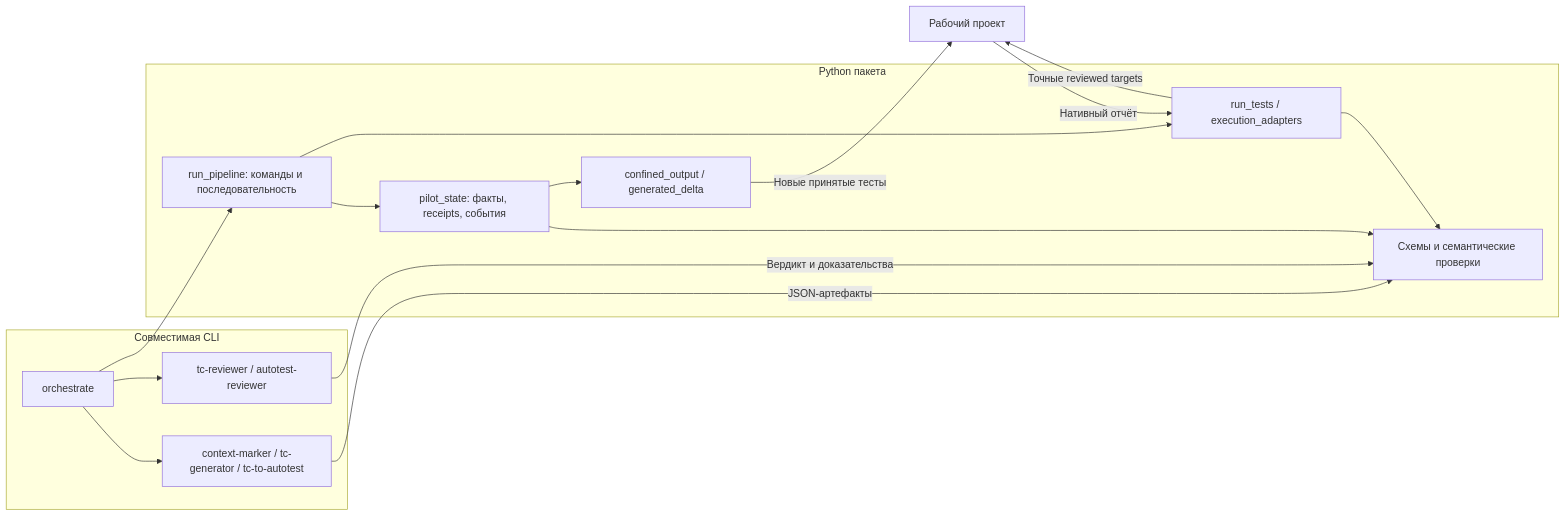
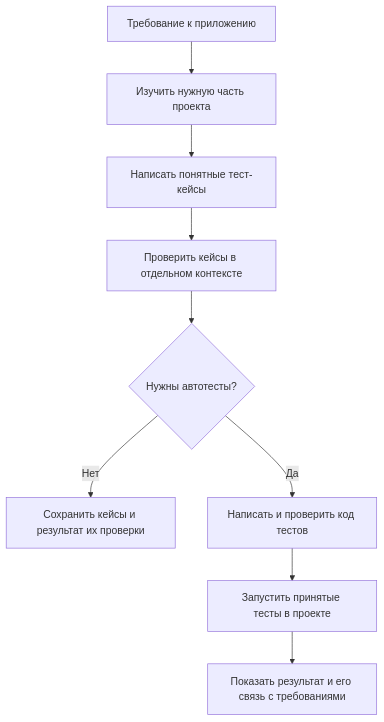
The first of 5 diagrams in docs/pipeline-file-guide-ru.md (IxFire-X/test-skills), drawn with Mermaid before and after one commit. The commit also changed other lines of this file, not shown here.

Commit message:
docs: explain the pipeline file guide in plain Russian

````diff
--- a/docs/pipeline-file-guide-ru.md
+++ b/docs/pipeline-file-guide-ru.md
@@ -99,28 +49,11 @@
 ```mermaid
-flowchart LR
-    subgraph HOST["Совместимая CLI"]
-        O["orchestrate"]
-        M["context-marker / tc-generator / tc-to-autotest"]
-        RV["tc-reviewer / autotest-reviewer"]
-        O --> M
-        O --> RV
-    end
-    subgraph PACK["Python пакета"]
-        H["run_pipeline: команды и последовательность"]
-        ST["pilot_state: факты, receipts, события"]
-        VA["Схемы и семантические проверки"]
-        FS["confined_output / generated_delta"]
-        EX["run_tests / execution_adapters"]
-        H --> ST
-        H --> EX
-        ST --> VA
-        ST --> FS
-        EX --> VA
-    end
-    O --> H
-    M -->|"JSON-артефакты"| VA
-    RV -->|"Вердикт и доказательства"| VA
-    FS -->|"Новые принятые тесты"| PR["Рабочий проект"]
-    EX -->|"Точные reviewed targets"| PR
-    PR -->|"Нативный отчёт"| EX
+flowchart TD
+    A["Требование к приложению"] --> B["Изучить нужную часть проекта"]
+    B --> C["Написать понятные тест-кейсы"]
+    C --> D["Проверить кейсы в отдельном контексте"]
+    D --> E{"Нужны автотесты?"}
+    E -->|"Нет"| F["Сохранить кейсы и результат их проверки"]
+    E -->|"Да"| G["Написать и проверить код тестов"]
+    G --> H["Запустить принятые тесты в проекте"]
+    H --> I["Показать результат и его связь с требованиями"]
 ```
````
